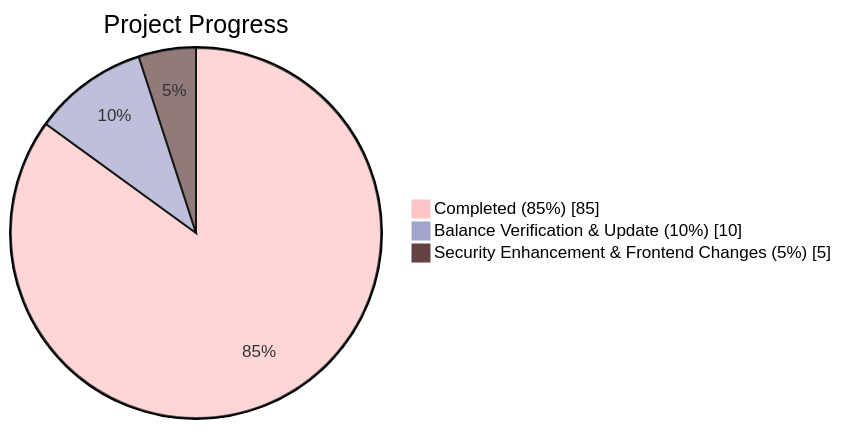
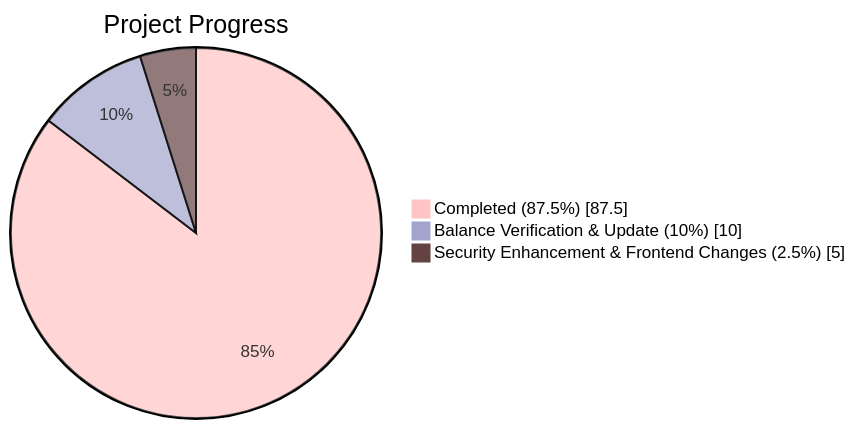
One commit to anm1234/IS-436-System-Structure-and-Analysis changed the diagram in README.md. Above: the diagram before and after it, drawn with Mermaid.

Commit message:
Update project progress in README

````diff
--- a/README.md
+++ b/README.md
@@ -65,16 +65,16 @@
 ```mermaid
 %%{init: {
   "theme": "default",
   "themeVariables": {
     "pie1": "#FFC4C4",
     "pie2": "#A2A4CD",
     "pie3": "#644242",
     "textColor": "#000000"
   }
 }}%%
 pie showData
     title Project Progress
-    "Completed (85%)" : 85
+    "Completed (87.5%)" : 87.5
     "Balance Verification & Update (10%)" : 10
-    "Security Enhancement & Frontend Changes (5%)" : 5
+    "Security Enhancement & Frontend Changes (2.5%)" : 5
 ```
````
